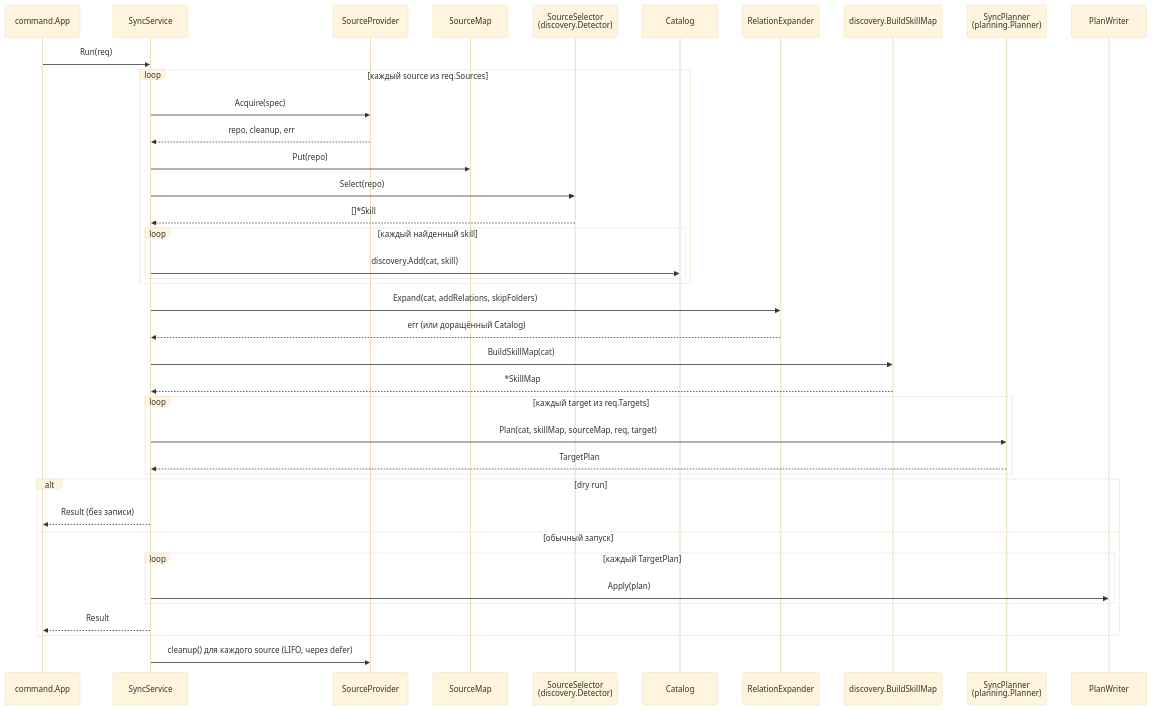
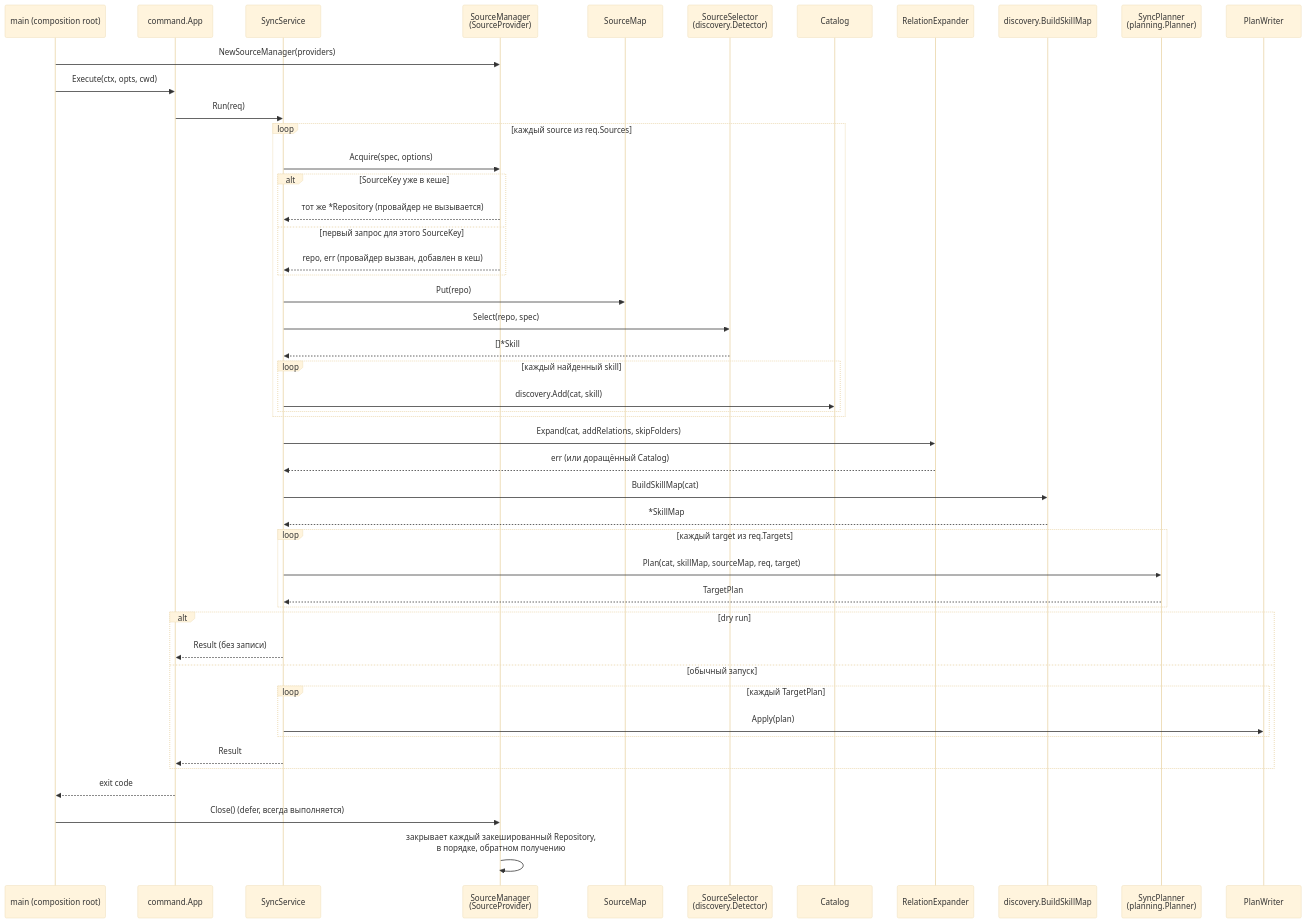
Before and after one commit to InsonusK/go-ai-skill-manage: the first of 3 diagrams in docs/architecture/diagrams.md, drawn with Mermaid (base theme). The commit also changed other lines of this file and 6 other files, not shown here.

First line of the commit message:
docs: document SourceManager, identity/selection split, dedup

````diff
--- a/docs/architecture/diagrams.md
+++ b/docs/architecture/diagrams.md
@@ -10,42 +10,51 @@
 ```mermaid
 sequenceDiagram
+    participant Main as main (composition root)
     participant CLI as command.App
     participant Sync as SyncService
-    participant Src as SourceProvider
+    participant Mgr as SourceManager<br/>(SourceProvider)
     participant SrcMap as SourceMap
     participant Det as SourceSelector<br/>(discovery.Detector)
     participant Cat as Catalog
     participant Rel as RelationExpander
     participant SkMap as discovery.BuildSkillMap
     participant Plan as SyncPlanner<br/>(planning.Planner)
     participant Writer as PlanWriter
 
+    Main->>Mgr: NewSourceManager(providers)
+    Main->>CLI: Execute(ctx, opts, cwd)
     CLI->>Sync: Run(req)
     loop каждый source из req.Sources
-        Sync->>Src: Acquire(spec)
-        Src-->>Sync: repo, cleanup, err
+        Sync->>Mgr: Acquire(spec, options)
+        alt SourceKey уже в кеше
+            Mgr-->>Sync: тот же *Repository (провайдер не вызывается)
+        else первый запрос для этого SourceKey
+            Mgr-->>Sync: repo, err (провайдер вызван, добавлен в кеш)
+        end
         Sync->>SrcMap: Put(repo)
-        Sync->>Det: Select(repo)
+        Sync->>Det: Select(repo, spec)
         Det-->>Sync: []*Skill
         loop каждый найденный skill
             Sync->>Cat: discovery.Add(cat, skill)
         end
     end
     Sync->>Rel: Expand(cat, addRelations, skipFolders)
     Rel-->>Sync: err (или доращённый Catalog)
     Sync->>SkMap: BuildSkillMap(cat)
     SkMap-->>Sync: *SkillMap
     loop каждый target из req.Targets
         Sync->>Plan: Plan(cat, skillMap, sourceMap, req, target)
         Plan-->>Sync: TargetPlan
     end
     alt dry run
         Sync-->>CLI: Result (без записи)
     else обычный запуск
         loop каждый TargetPlan
             Sync->>Writer: Apply(plan)
         end
         Sync-->>CLI: Result
     end
-    Sync->>Src: cleanup() для каждого source (LIFO, через defer)
+    CLI-->>Main: exit code
+    Main->>Mgr: Close() (defer, всегда выполняется)
+    Mgr->>Mgr: закрывает каждый закешированный Repository,<br/>в порядке, обратном получению
 ```
````
